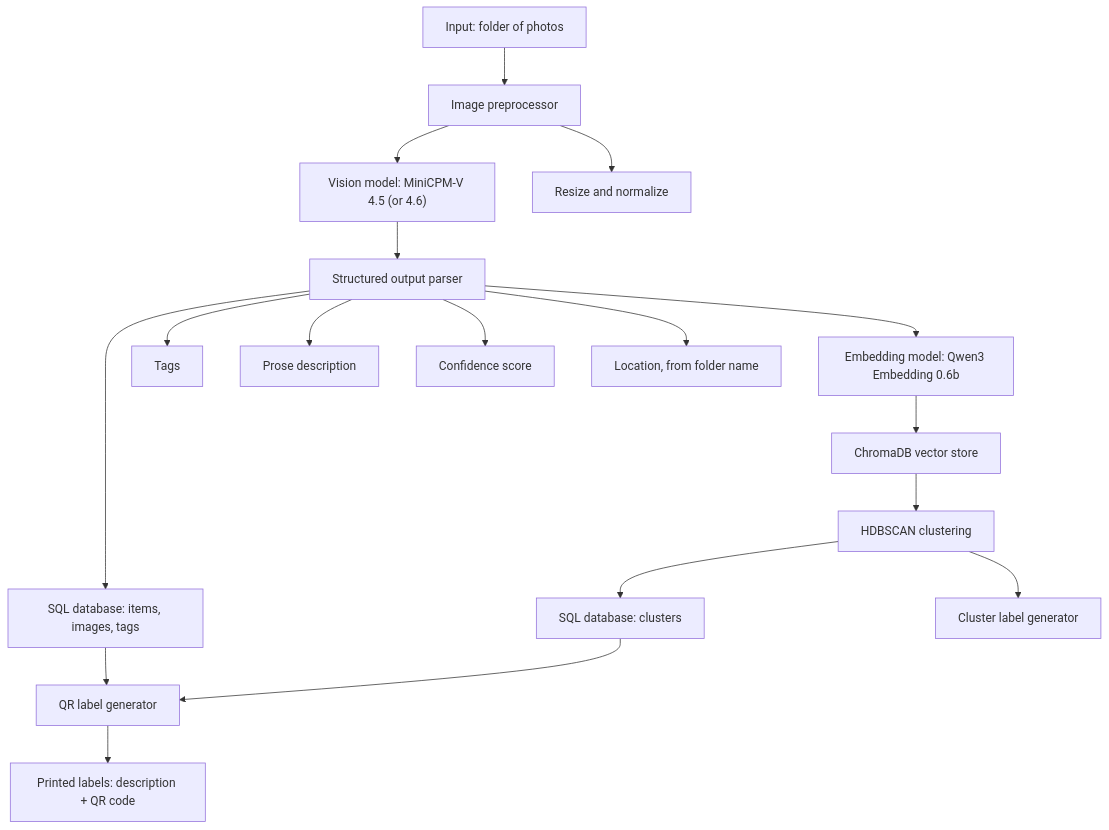
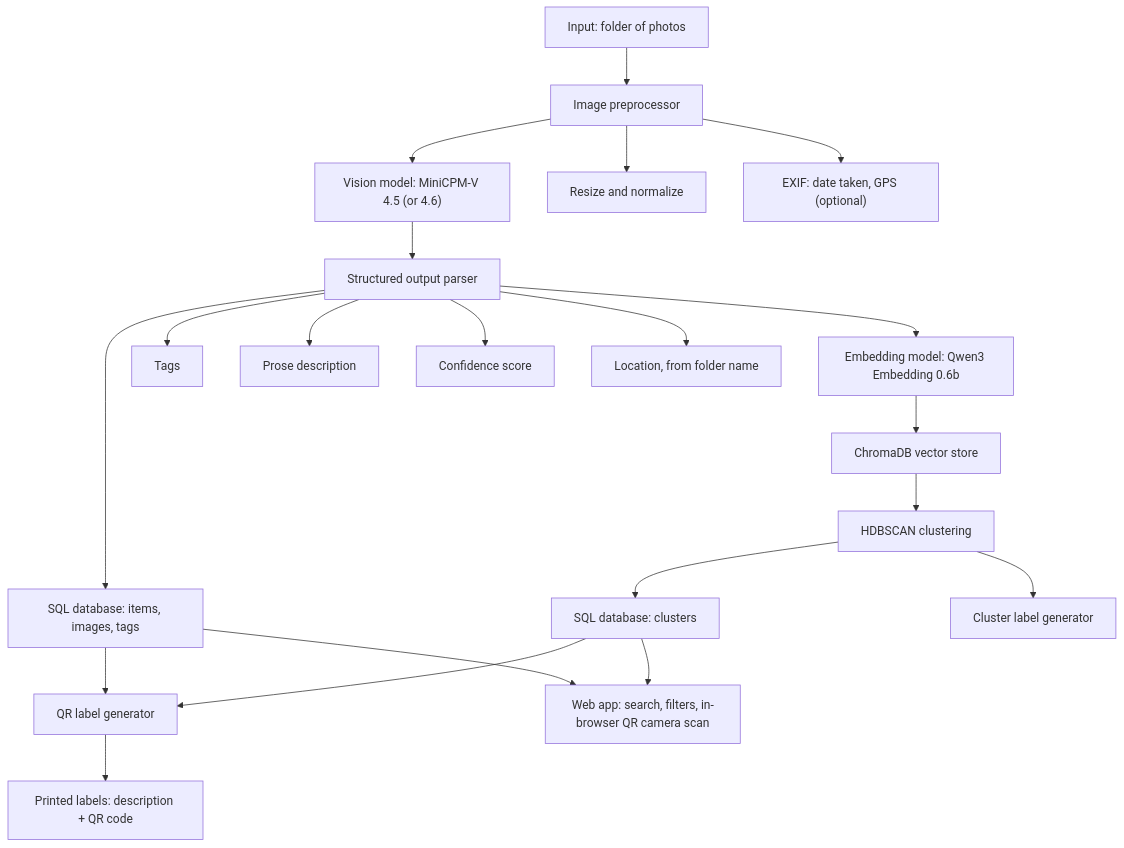
One commit to Jbeck121/Inventory-Machine changed the diagram in plan.md. Above: the diagram before and after it, drawn with Mermaid. The commit also changed other lines of this file and 14 other files, not shown here.

````diff
--- a/plan.md
+++ b/plan.md
@@ -44,21 +44,24 @@
 ```mermaid
 flowchart TD
     A[Input: folder of photos] --> B[Image preprocessor]
     B --> C["Vision model: MiniCPM-V 4.5 (or 4.6)"]
     C --> D[Structured output parser]
     D --> E["SQL database: items, images, tags"]
     D --> F["Embedding model: Qwen3 Embedding 0.6b"]
     F --> G[ChromaDB vector store]
     G --> H[HDBSCAN clustering]
     H --> I["SQL database: clusters"]
     H --> J[Cluster label generator]
     E --> K[QR label generator]
     I --> K
     K --> L["Printed labels: description + QR code"]
+    E --> M["Web app: search, filters, in-browser QR camera scan"]
+    I --> M
 
     B --> B1[Resize and normalize]
+    B --> B2["EXIF: date taken, GPS (optional)"]
     D --> D1[Tags]
     D --> D2[Prose description]
     D --> D3[Confidence score]
     D --> D4[Location, from folder name]
 ```
````
